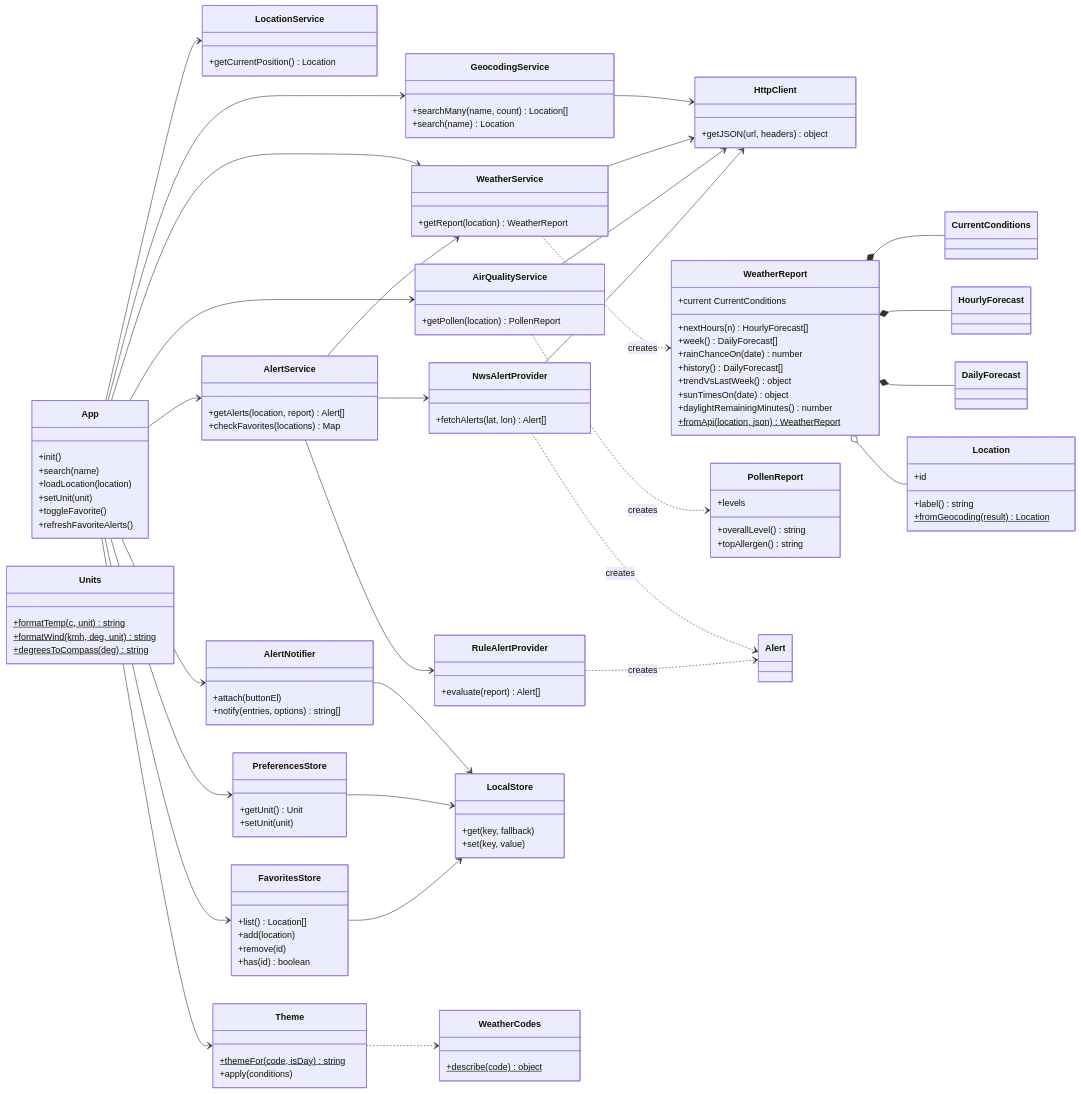
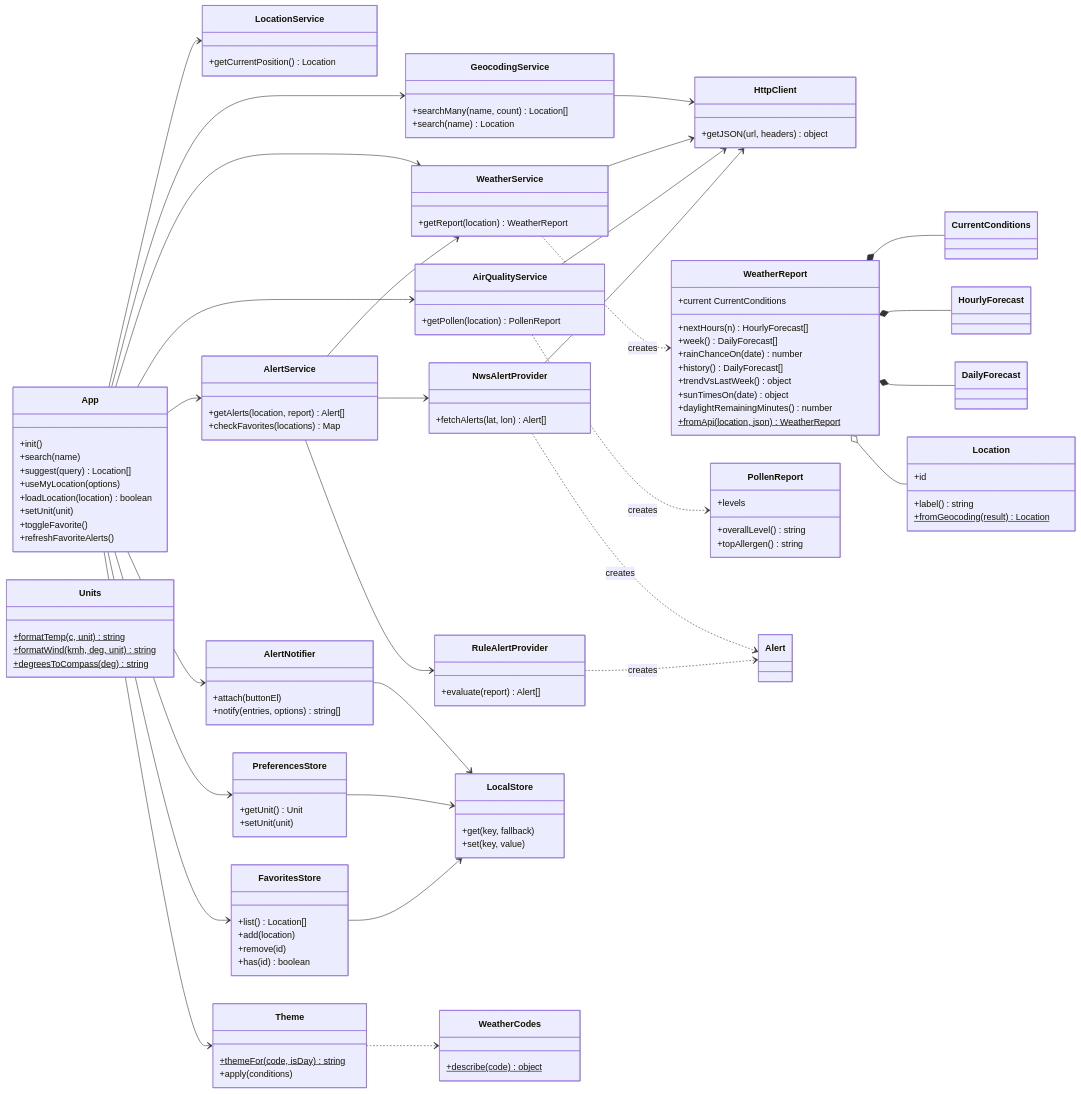
Before and after one commit to Billyye4/SSW-555_WeatherWebApp: the second of 3 diagrams in docs/ARCHITECTURE.md, drawn with Mermaid. The commit also changed other lines of this file and 11 other files, not shown here.

```diff
--- a/docs/ARCHITECTURE.md
+++ b/docs/ARCHITECTURE.md
@@ -437,7 +441,9 @@
   class App {
     +init()
     +search(name)
-    +loadLocation(location)
+    +suggest(query) Location[]
+    +useMyLocation(options)
+    +loadLocation(location) boolean
     +setUnit(unit)
     +toggleFavorite()
     +refreshFavoriteAlerts()
```
